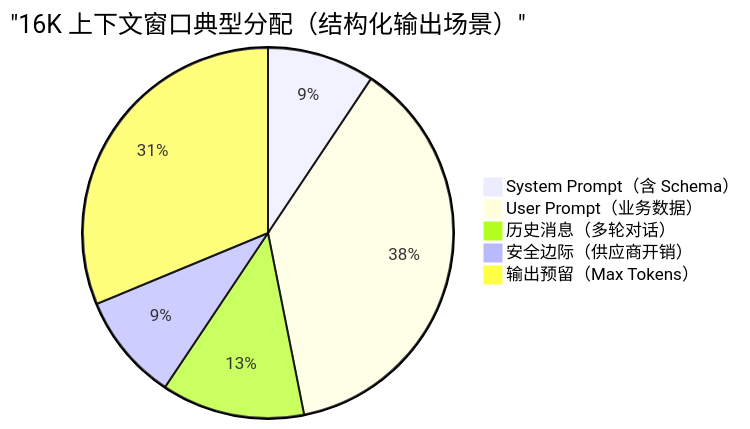
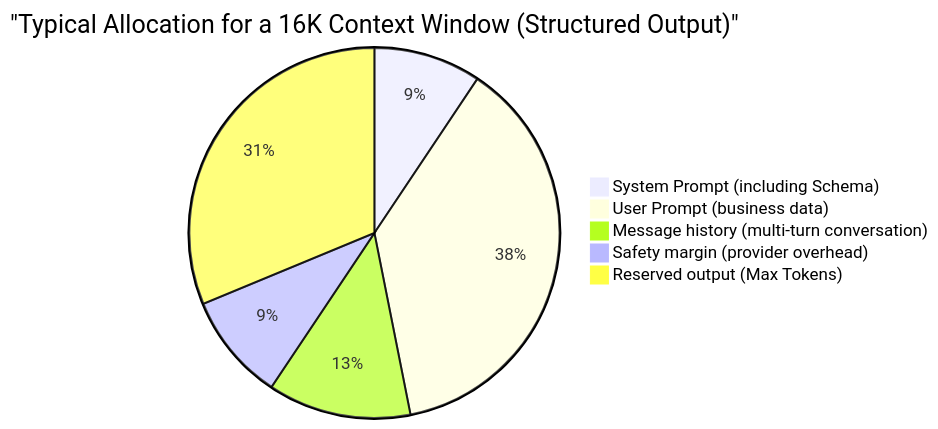
Before and after one commit to m3h3d1/JavaGuideEn: the diagram in docs/ai/llm-basis/llm-operation-mechanism.md, drawn with Mermaid. The commit also changed other lines of this file and 128 other files, not shown here.

````diff
--- a/docs/ai/llm-basis/llm-operation-mechanism.md
+++ b/docs/ai/llm-basis/llm-operation-mechanism.md
@@ -143,8 +143,8 @@
 ```mermaid
-pie title "16K 上下文窗口典型分配（结构化输出场景）"
-    "System Prompt（含 Schema）" : 1500
-    "User Prompt（业务数据）" : 6000
-    "历史消息（多轮对话）" : 2000
-    "安全边际（供应商开销）" : 1500
-    "输出预留（Max Tokens）" : 5000
+pie title "Typical Allocation for a 16K Context Window (Structured Output)"
+    "System Prompt (including Schema)" : 1500
+    "User Prompt (business data)" : 6000
+    "Message history (multi-turn conversation)" : 2000
+    "Safety margin (provider overhead)" : 1500
+    "Reserved output (Max Tokens)" : 5000
 ```
````
